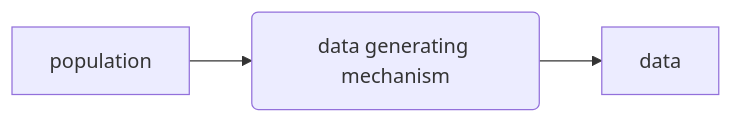
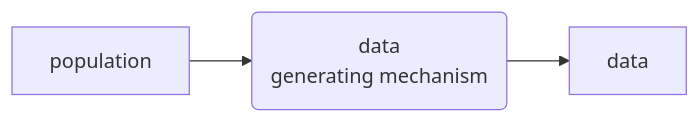
Before and after one commit to mstasinopoulos/GrossaryForDR: diagram 12 of 18 in Glossary of distributional regression.qmd, drawn with Mermaid. The commit also changed other lines of this file, not shown here.

````diff
--- a/Glossary of distributional regression.qmd
+++ b/Glossary of distributional regression.qmd
@@ -1951,9 +2286,9 @@
 ```{mermaid}
-%%| fig-width: 5
+%%| fig-width: 2
 %%| label: fig-mod_1
 %%| fig-cap: "The relationship of the population and the data/sample."
 flowchart LR
-  P[population] --> G(data generating mechanism) 
+  P[population] --> G(data <br/>  generating mechanism) 
   G --> D[data]
 
 ```
````
